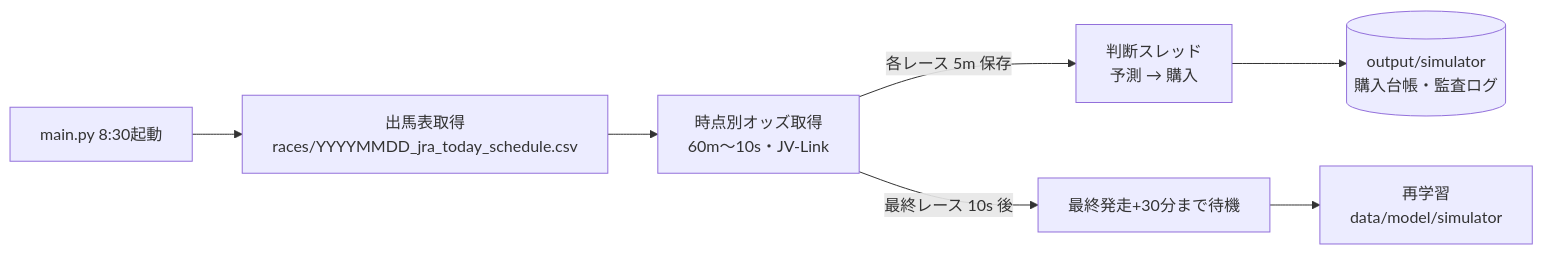
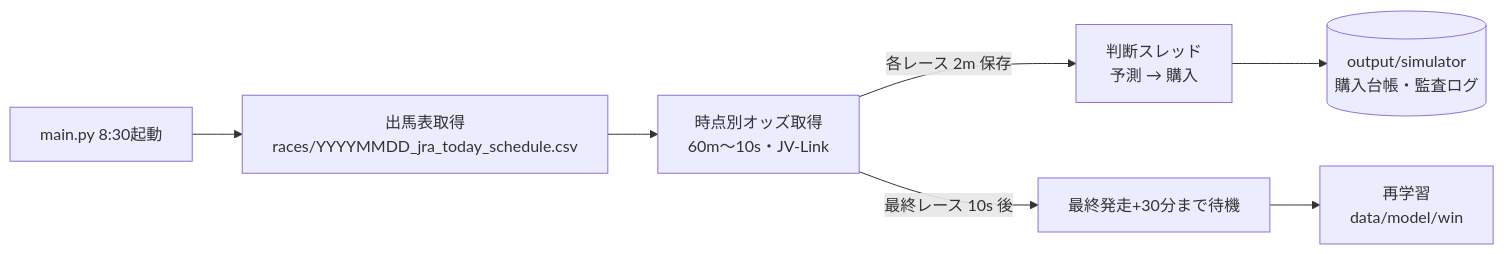
The diagram in README.md (Nagishi777/KeibaAI_Main), drawn with Mermaid before and after one commit. The commit also changed other lines of this file and 311 other files, not shown here.

````diff
--- a/README.md
+++ b/README.md
@@ -44,9 +61,9 @@
 ```mermaid
 flowchart LR
     A[main.py 8:30起動] --> B[出馬表取得<br/>races/YYYYMMDD_jra_today_schedule.csv]
     B --> C[時点別オッズ取得<br/>60m〜10s・JV-Link]
-    C -->|各レース 5m 保存| D[判断スレッド<br/>予測 → 購入]
+    C -->|各レース 2m 保存| D[判断スレッド<br/>予測 → 購入]
     D --> E[(output/simulator<br/>購入台帳・監査ログ)]
     C -->|最終レース 10s 後| F[最終発走+30分まで待機]
-    F --> G[再学習<br/>data/model/simulator]
+    F --> G[再学習<br/>data/model/win]
 ```
````
